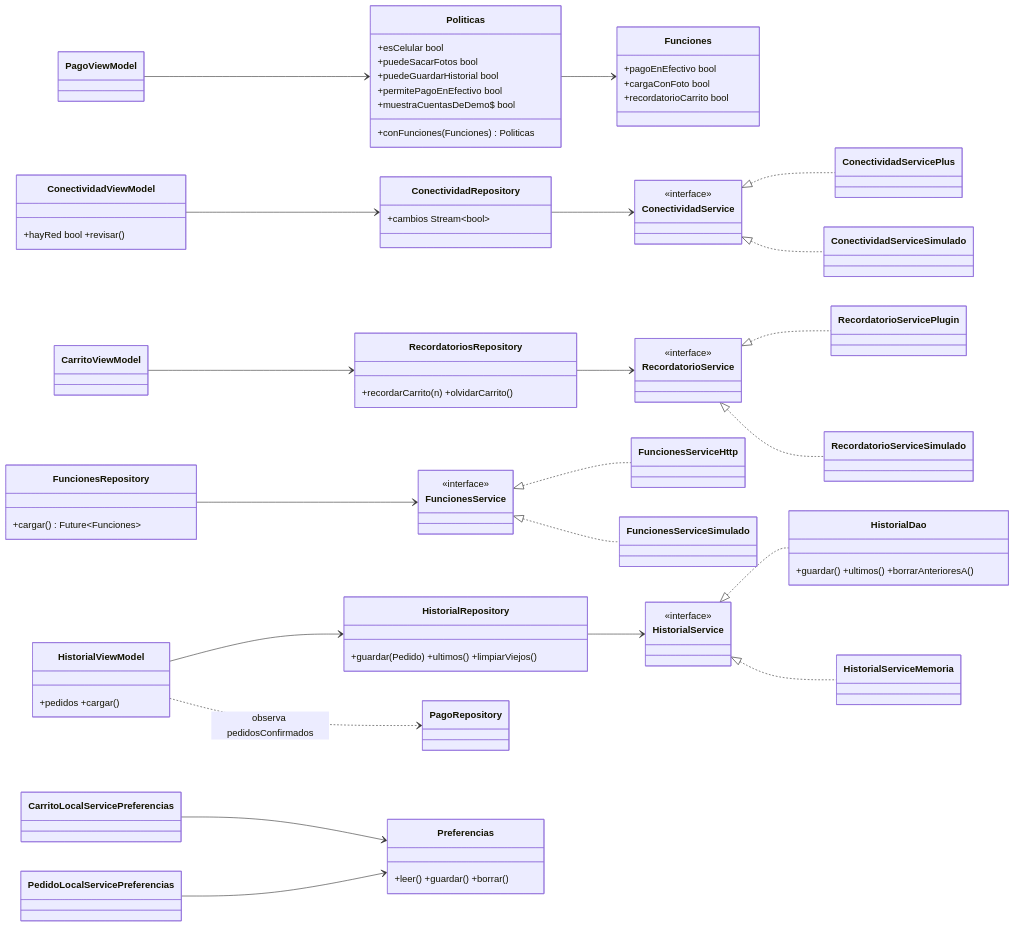
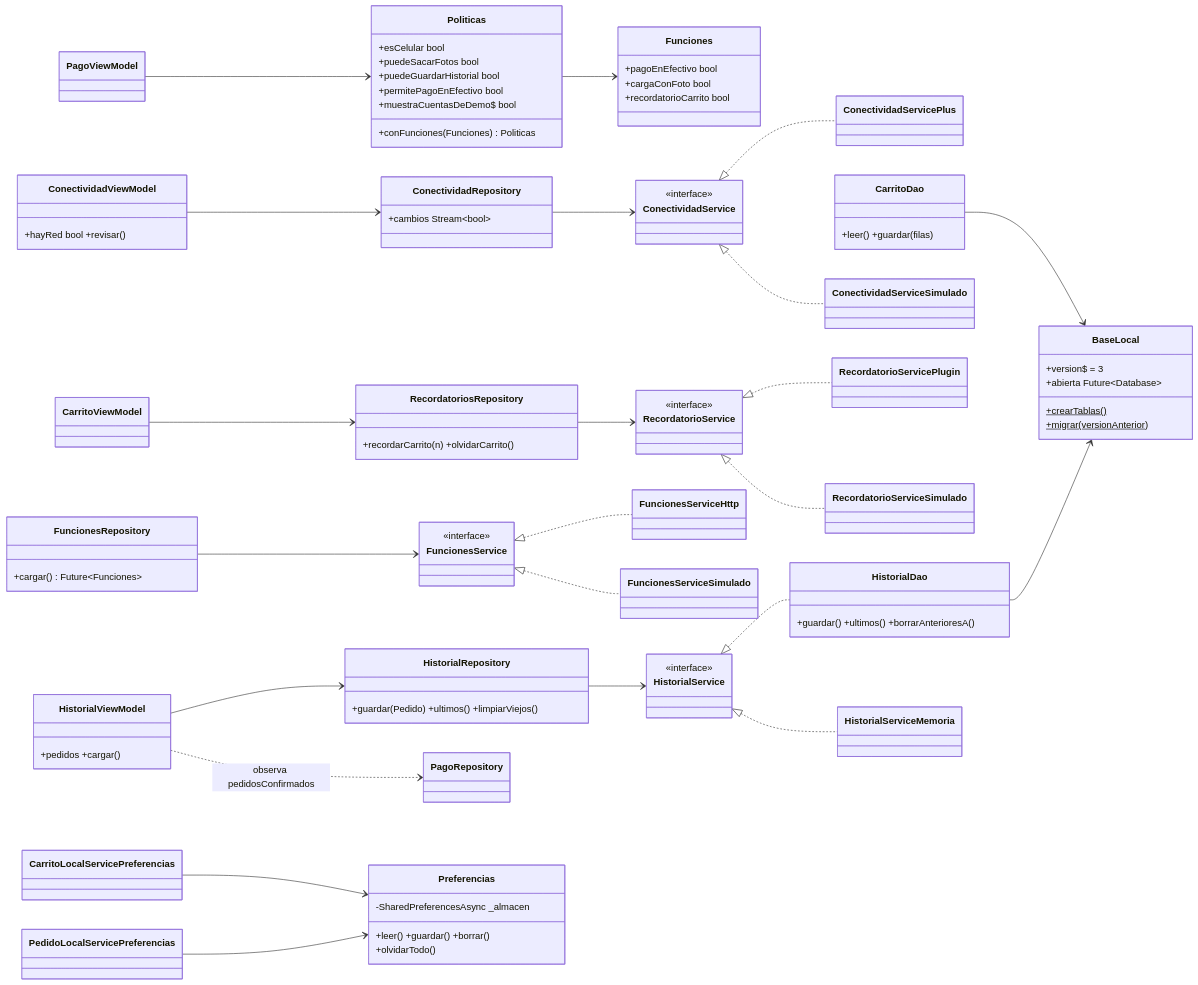
The seventh of 9 diagrams in docs/ARQUITECTURA.md (ZogeGBR/ProgAppCelu), drawn with Mermaid before and after one commit. The commit also changed other lines of this file and 18 other files, not shown here.

First line of the commit message:
Documentación actualizada: carrito en SQLite, base local v3, cámara y datos reales

````diff
--- a/docs/ARQUITECTURA.md
+++ b/docs/ARQUITECTURA.md
@@ -539,50 +639,63 @@
 ```mermaid
 classDiagram
     direction LR
     class Politicas {
       +esCelular bool
       +puedeSacarFotos bool
       +puedeGuardarHistorial bool
       +permitePagoEnEfectivo bool
       +muestraCuentasDeDemo$ bool
       +conFunciones(Funciones) Politicas
     }
     class Funciones {
       +pagoEnEfectivo bool
       +cargaConFoto bool
       +recordatorioCarrito bool
     }
     class FuncionesRepository { +cargar() Future~Funciones~ }
     class FuncionesService {<<interface>>}
     class ConectividadViewModel { +hayRed bool +revisar() }
     class ConectividadRepository { +cambios Stream~bool~ }
     class ConectividadService {<<interface>>}
     class HistorialViewModel { +pedidos +cargar() }
     class HistorialRepository { +guardar(Pedido) +ultimos() +limpiarViejos() }
     class HistorialService {<<interface>>}
     class HistorialDao { +guardar() +ultimos() +borrarAnterioresA() }
+    class CarritoDao { +leer() +guardar(filas) }
+    class BaseLocal {
+      +version$ = 3
+      +abierta Future~Database~
+      +crearTablas()$
+      +migrar(versionAnterior)$
+    }
     class RecordatoriosRepository { +recordarCarrito(n) +olvidarCarrito() }
     class RecordatorioService {<<interface>>}
-    class Preferencias { +leer() +guardar() +borrar() }
+    class Preferencias {
+      -SharedPreferencesAsync _almacen
+      +leer() +guardar() +borrar()
+      +olvidarTodo()
+    }
 
     Politicas --> Funciones
     FuncionesRepository --> FuncionesService
     FuncionesService <|.. FuncionesServiceHttp
     FuncionesService <|.. FuncionesServiceSimulado
     ConectividadViewModel --> ConectividadRepository
     ConectividadRepository --> ConectividadService
     ConectividadService <|.. ConectividadServicePlus
     ConectividadService <|.. ConectividadServiceSimulado
     HistorialViewModel --> HistorialRepository
     HistorialViewModel ..> PagoRepository : observa pedidosConfirmados
     HistorialRepository --> HistorialService
     HistorialService <|.. HistorialDao
     HistorialService <|.. HistorialServiceMemoria
+    HistorialDao --> BaseLocal
+    CarritoDao --> BaseLocal
     CarritoViewModel --> RecordatoriosRepository
     RecordatoriosRepository --> RecordatorioService
     RecordatorioService <|.. RecordatorioServicePlugin
     RecordatorioService <|.. RecordatorioServiceSimulado
     CarritoLocalServicePreferencias --> Preferencias
     PedidoLocalServicePreferencias --> Preferencias
     PagoViewModel --> Politicas
 ```
````
